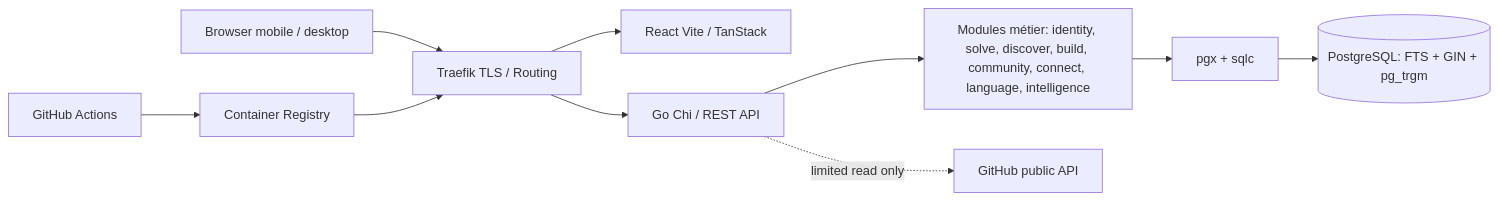
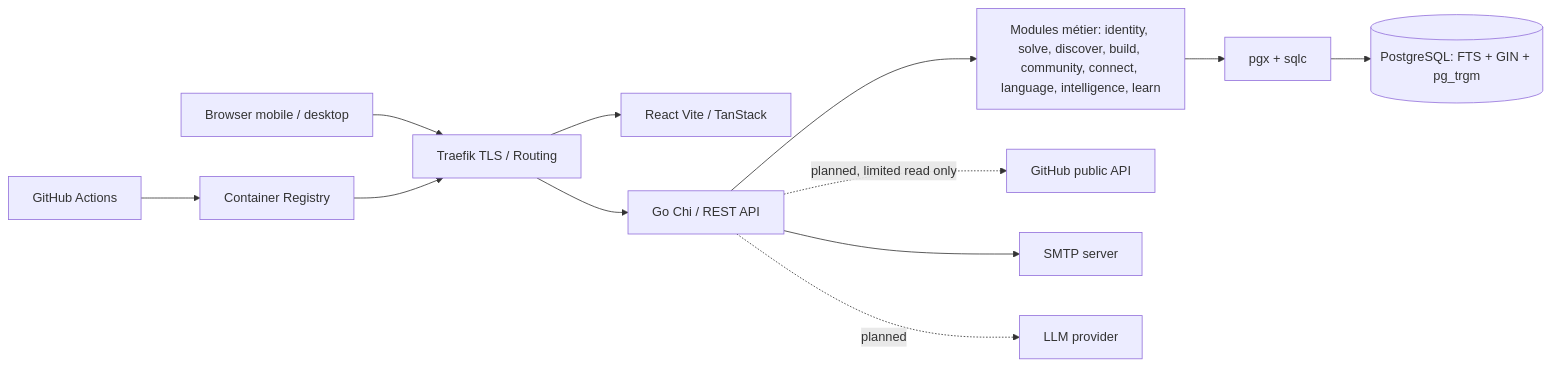
Before and after one commit to Y4NN777/226os: the diagram in docs/architecture/ARCHITECTURE.md, drawn with Mermaid. The commit also changed other lines of this file and 81 other files, not shown here.

````diff
--- a/docs/architecture/ARCHITECTURE.md
+++ b/docs/architecture/ARCHITECTURE.md
@@ -5,12 +5,14 @@
 ```mermaid
 flowchart LR
   User[Browser mobile / desktop] --> T[Traefik TLS / Routing]
   T --> W[React Vite / TanStack]
   T --> A[Go Chi / REST API]
-  A --> M[Modules métier: identity, solve, discover, build, community, connect, language, intelligence]
+  A --> M[Modules métier: identity, solve, discover, build, community, connect, language, intelligence, learn]
   M --> Q[pgx + sqlc]
   Q --> P[(PostgreSQL: FTS + GIN + pg_trgm)]
-  A -. limited read only .-> GH[GitHub public API]
+  A -. planned, limited read only .-> GH[GitHub public API]
+  A --> SMTP[SMTP server]
+  A -. planned .-> LLM[LLM provider]
   CI[GitHub Actions] --> IMG[Container Registry]
   IMG --> T
 ```
````
